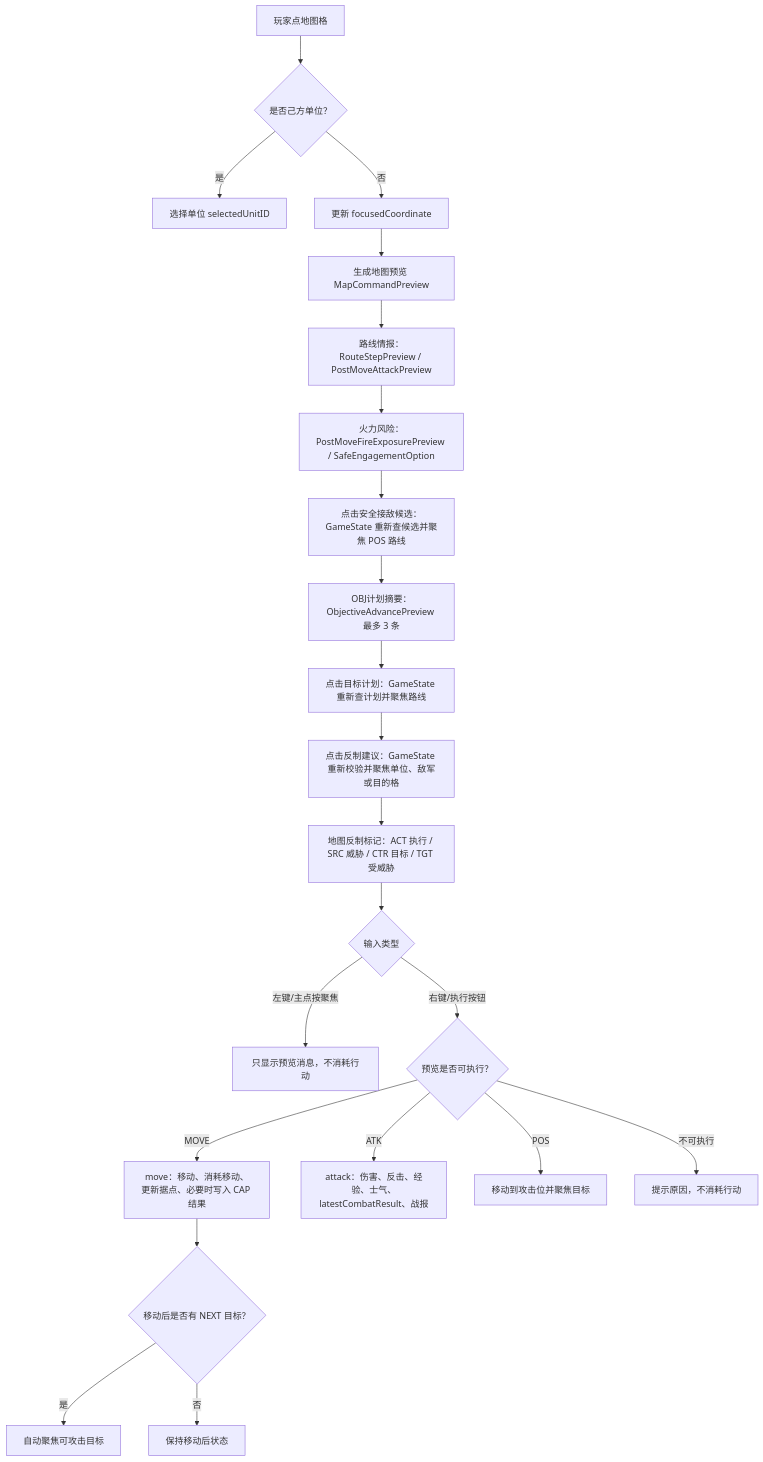
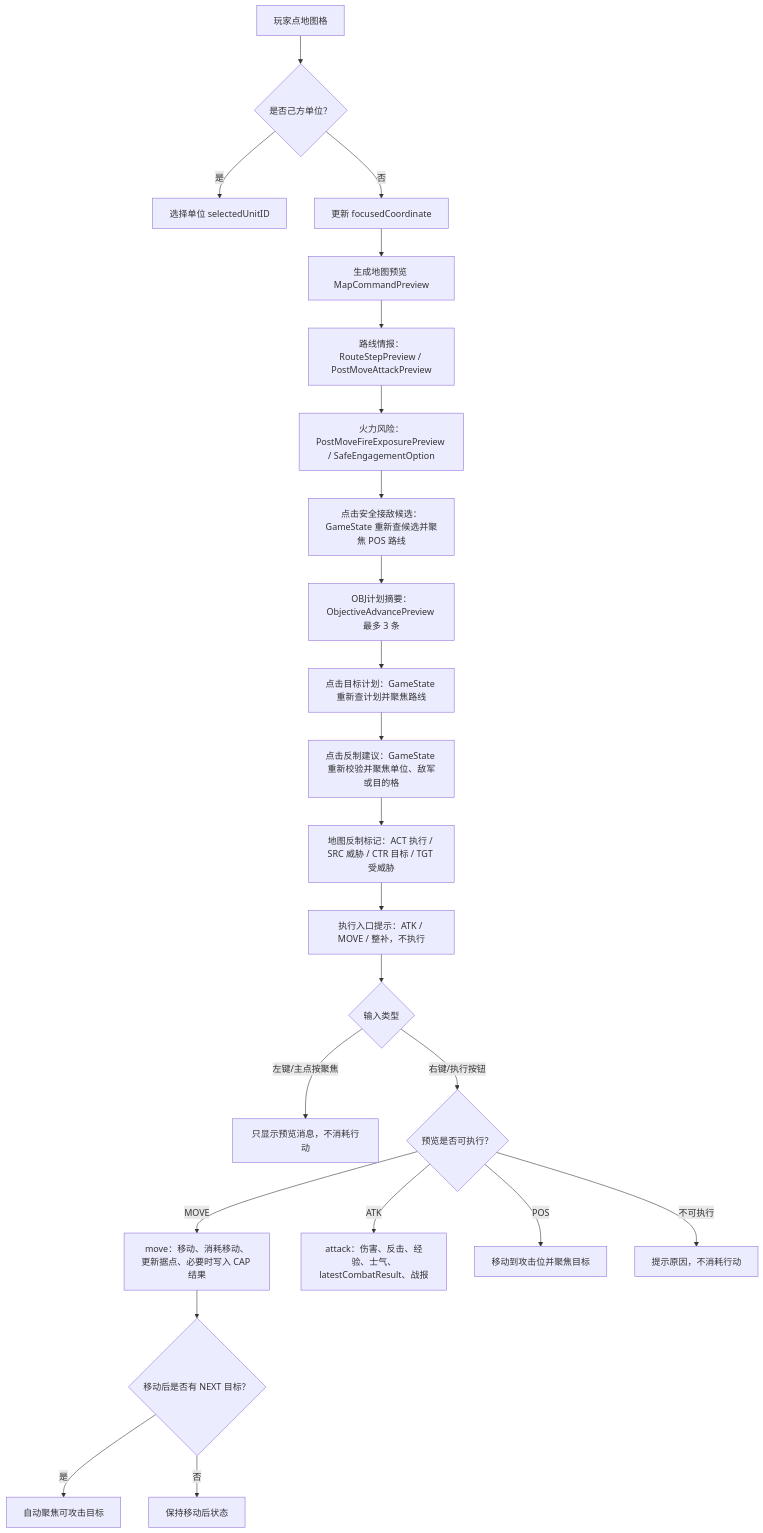
Before and after one commit to Altman-sam114/116: the second of 5 diagrams in md/flow/flowchart.md, drawn with Mermaid. The commit also changed other lines of this file and 10 other files, not shown here.

````diff
--- a/md/flow/flowchart.md
+++ b/md/flow/flowchart.md
@@ -30,24 +32,25 @@
 ```mermaid
 flowchart TD
   A["玩家点地图格"] --> B{"是否己方单位？"}
   B -->|是| C["选择单位 selectedUnitID"]
   B -->|否| D["更新 focusedCoordinate"]
   D --> E["生成地图预览 MapCommandPreview"]
   E --> R["路线情报：RouteStepPreview / PostMoveAttackPreview"]
   R --> X["火力风险：PostMoveFireExposurePreview / SafeEngagementOption"]
   X --> SP["点击安全接敌候选：GameState 重新查候选并聚焦 POS 路线"]
   SP --> OP["OBJ计划摘要：ObjectiveAdvancePreview 最多 3 条"]
   OP --> OC["点击目标计划：GameState 重新查计划并聚焦路线"]
   OC --> CM["点击反制建议：GameState 重新校验并聚焦单位、敌军或目的格"]
   CM --> MK["地图反制标记：ACT 执行 / SRC 威胁 / CTR 目标 / TGT 受威胁"]
-  MK --> F{"输入类型"}
+  MK --> EB["执行入口提示：ATK / MOVE / 整补，不执行"]
+  EB --> F{"输入类型"}
   F -->|左键/主点按聚焦| G["只显示预览消息，不消耗行动"]
   F -->|右键/执行按钮| H{"预览是否可执行？"}
   H -->|MOVE| I["move：移动、消耗移动、更新据点、必要时写入 CAP 结果"]
   H -->|ATK| J["attack：伤害、反击、经验、士气、latestCombatResult、战报"]
   H -->|POS| K["移动到攻击位并聚焦目标"]
   H -->|不可执行| L["提示原因，不消耗行动"]
   I --> M{"移动后是否有 NEXT 目标？"}
   M -->|是| N["自动聚焦可攻击目标"]
   M -->|否| O["保持移动后状态"]
 ```
````
